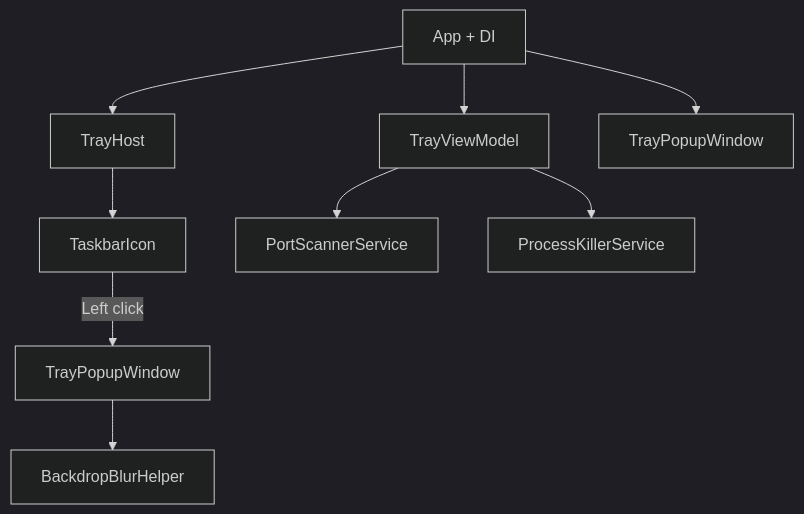
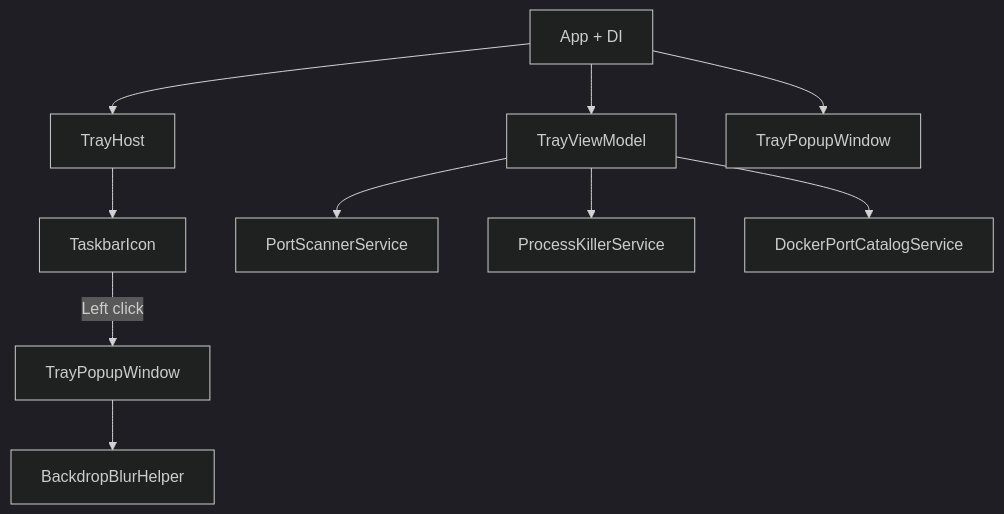
The diagram in README.md (c47-dev/port), drawn with Mermaid (dark theme) before and after one commit. The commit also changed other lines of this file and 33 other files, not shown here.

````diff
--- a/README.md
+++ b/README.md
@@ -13,11 +14,12 @@
 ```mermaid
 flowchart TB
     App["App + DI"] --> TrayHost
     App --> TrayViewModel
     App --> TrayPopupWindow
     TrayHost --> TaskbarIcon
     TaskbarIcon -->|Left click| Popup["TrayPopupWindow"]
     TrayViewModel --> PortScannerService
     TrayViewModel --> ProcessKillerService
+    TrayViewModel --> DockerPortCatalogService
     Popup --> BackdropBlurHelper
 ```
````
